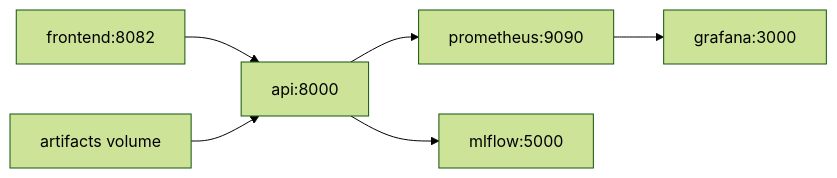
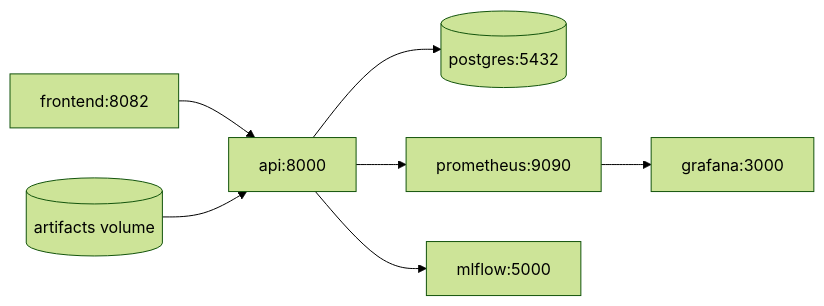
Before and after one commit to AnBinh1703/Final_Project_DMM501_Group1: the third of 3 diagrams in ARCHITECTURE.md, drawn with Mermaid (forest theme). The commit also changed other lines of this file and 22 other files, not shown here.

````diff
--- a/ARCHITECTURE.md
+++ b/ARCHITECTURE.md
@@ -139,8 +218,9 @@
 ```mermaid
 flowchart LR
   FE[frontend:8082] --> API[api:8000]
+  API --> PG[(postgres:5432)]
   API --> PROM[prometheus:9090]
   PROM --> GRAF[grafana:3000]
   API --> MLF[mlflow:5000]
-  ART[artifacts volume] --> API
+  ART[(artifacts volume)] --> API
 ```
````
